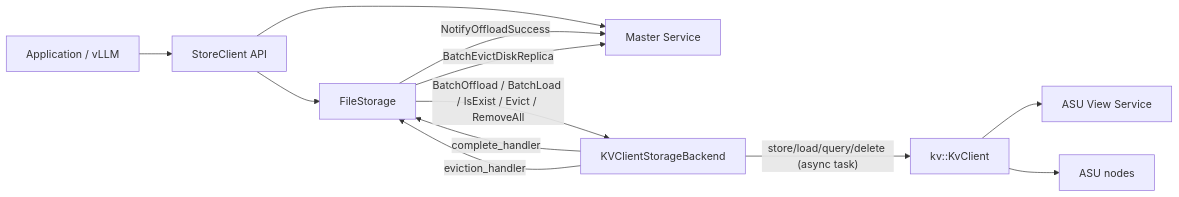
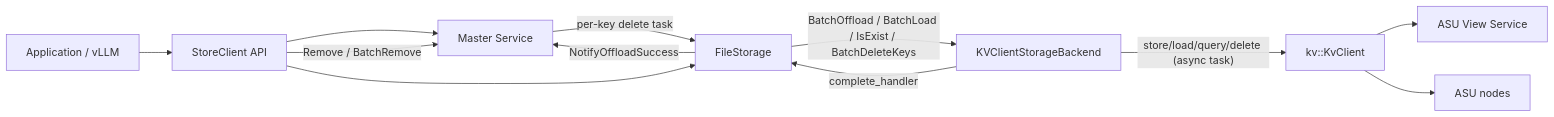
The first of 14 diagrams in kvclient-storageBackend.md (zwj20000328-dotcom/Mooncake-documents), drawn with Mermaid before and after one commit. The commit also changed other lines of this file and 1 other file, not shown here.

Commit message:
modified:   kvclient-storageBackend.md

````diff
--- a/kvclient-storageBackend.md
+++ b/kvclient-storageBackend.md
@@ -105,14 +107,14 @@
 ```mermaid
 flowchart LR
     App["Application / vLLM"] --> Store["StoreClient API"]
     Store --> Master["Master Service"]
-    Store --> FS["FileStorage"]
-    FS -->|"BatchOffload / BatchLoad / IsExist / Evict / RemoveAll"| BE["KVClientStorageBackend"]
+    Store -->|"Remove / BatchRemove"| Master
+    Master -->|"per-key delete task"| FS["FileStorage"]
+    Store --> FS
+    FS -->|"BatchOffload / BatchLoad / IsExist / BatchDeleteKeys"| BE["KVClientStorageBackend"]
     BE -->|complete_handler| FS
-    BE -->|eviction_handler| FS
     FS -->|NotifyOffloadSuccess| Master
-    FS -->|BatchEvictDiskReplica| Master
     BE -->|"store/load/query/delete (async task)"| KV["kv::KvClient"]
     KV --> View["ASU View Service"]
     KV --> ASU["ASU nodes"]
 ```
````
